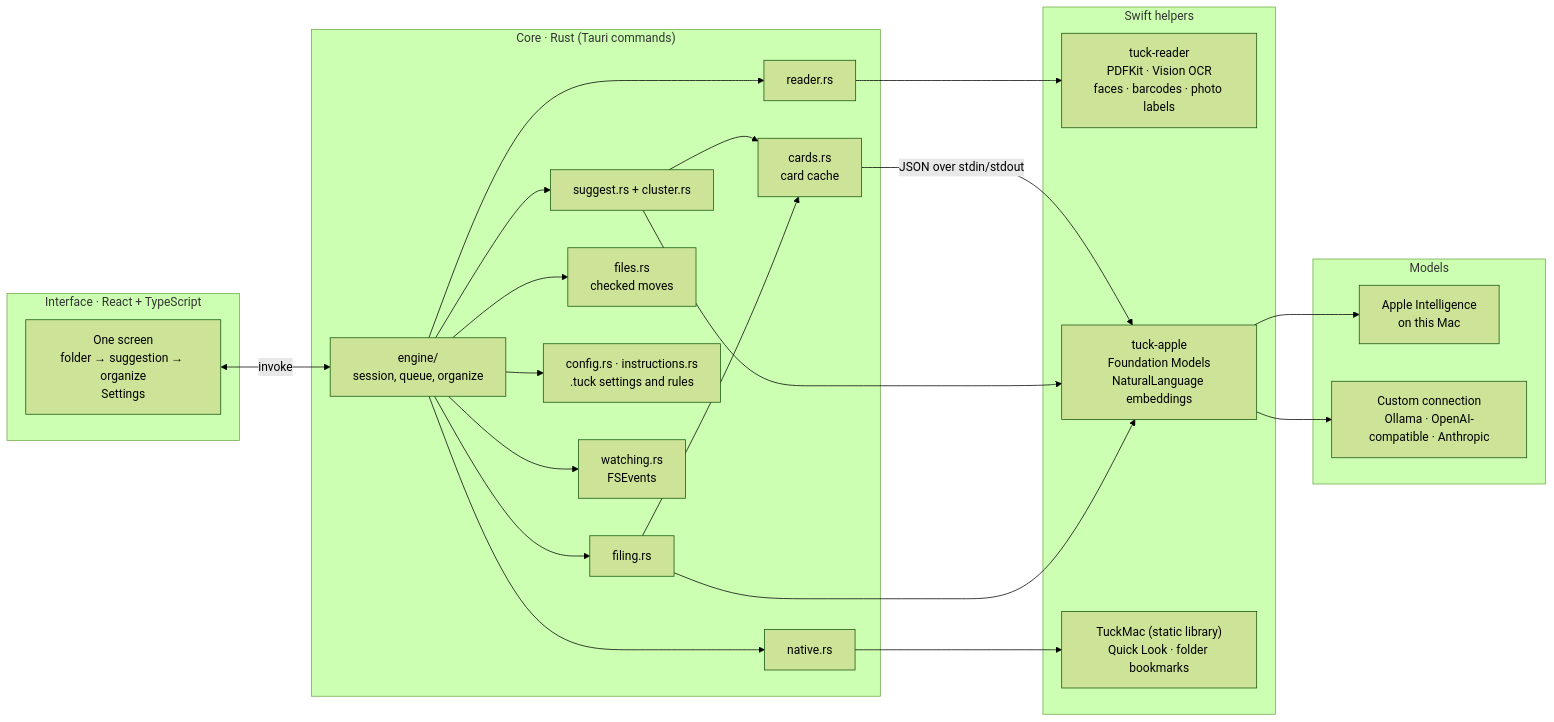
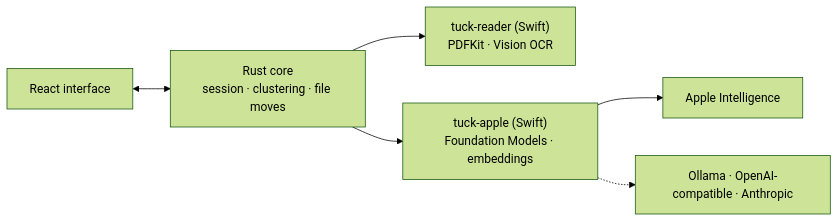
The diagram in docs/architecture.md (Haffaz/tuck), drawn with Mermaid (forest theme) before and after one commit. The commit also changed other lines of this file and 13 other files, not shown here.

First line of the commit message:
docs: trim to README plus one architecture page, use simple charts

````diff
--- a/docs/architecture.md
+++ b/docs/architecture.md
@@ -13,45 +8,8 @@
 ```mermaid
 flowchart LR
-    subgraph UI["Interface · React + TypeScript"]
-        Screens["One screen<br/>folder → suggestion → organize<br/>Settings"]
-    end
-
-    subgraph Core["Core · Rust (Tauri commands)"]
-        Engine["engine/<br/>session, queue, organize"]
-        Reader["reader.rs"]
-        Suggest["suggest.rs + cluster.rs"]
-        Filing["filing.rs"]
-        Cards["cards.rs<br/>card cache"]
-        Files["files.rs<br/>checked moves"]
-        Rules["config.rs · instructions.rs<br/>.tuck settings and rules"]
-        Watch["watching.rs<br/>FSEvents"]
-        Native["native.rs"]
-    end
-
-    subgraph Swift["Swift helpers"]
-        TR["tuck-reader<br/>PDFKit · Vision OCR<br/>faces · barcodes · photo labels"]
-        TA["tuck-apple<br/>Foundation Models<br/>NaturalLanguage embeddings"]
-        TM["TuckMac (static library)<br/>Quick Look · folder bookmarks"]
-    end
-
-    subgraph Models["Models"]
-        Apple["Apple Intelligence<br/>on this Mac"]
-        Custom["Custom connection<br/>Ollama · OpenAI-compatible · Anthropic"]
-    end
-
-    Screens <-->|"invoke"| Engine
-    Engine --> Reader --> TR
-    Engine --> Suggest
-    Engine --> Filing
-    Suggest --> Cards
-    Filing --> Cards
-    Cards -->|"JSON over stdin/stdout"| TA
-    Suggest --> TA
-    Filing --> TA
-    TA --> Apple
-    TA --> Custom
-    Engine --> Files
-    Engine --> Rules
-    Engine --> Watch
-    Engine --> Native --> TM
+    UI["React interface"] <--> Core["Rust core<br/>session · clustering · file moves"]
+    Core --> Reader["tuck-reader (Swift)<br/>PDFKit · Vision OCR"]
+    Core --> Model["tuck-apple (Swift)<br/>Foundation Models · embeddings"]
+    Model --> Apple["Apple Intelligence"]
+    Model -.-> Custom["Ollama · OpenAI-compatible · Anthropic"]
 ```
````
